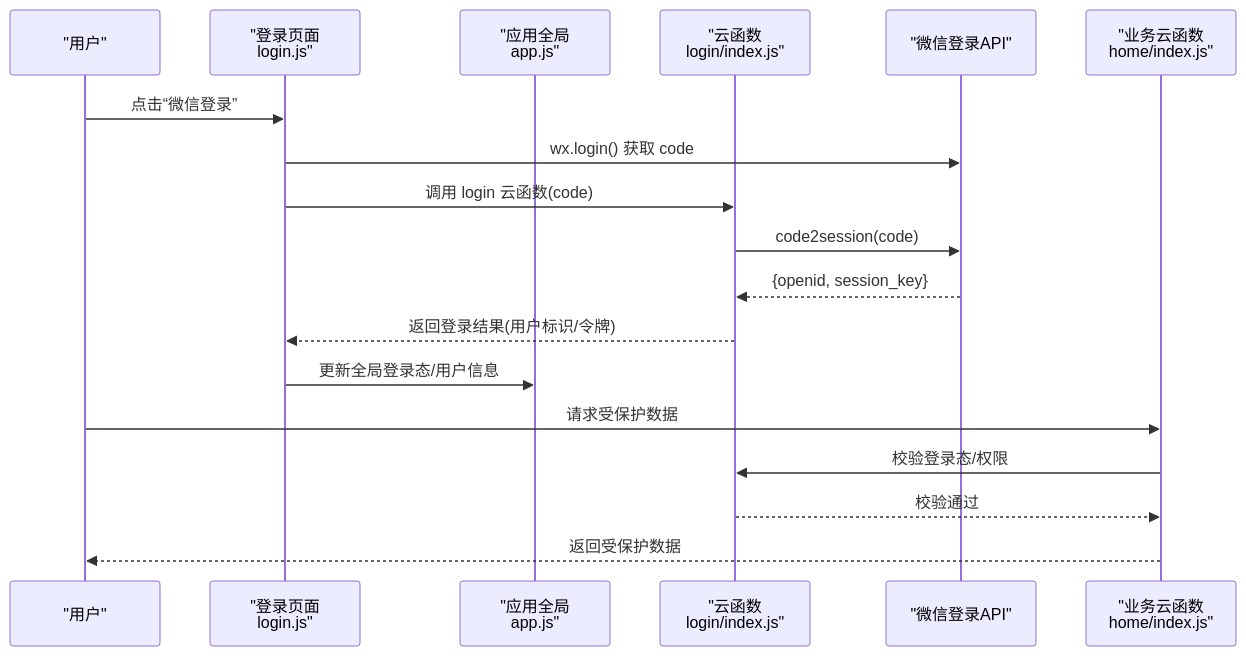
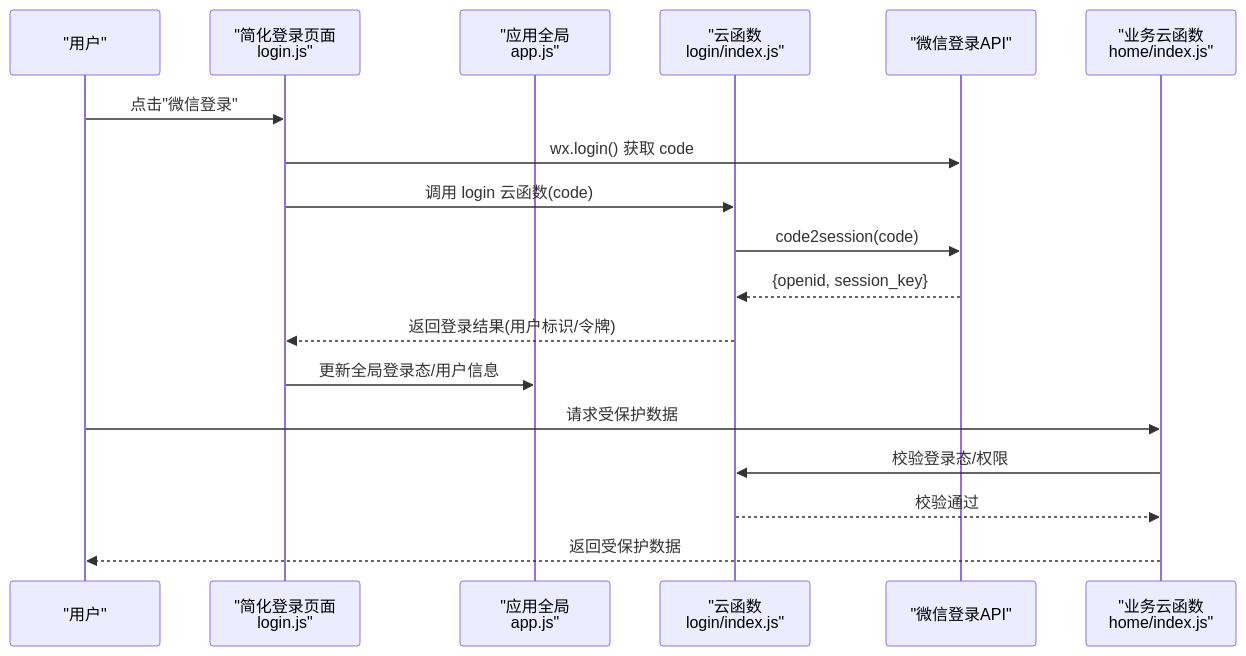
Before and after one commit to cwb7756/bio: the second of 4 diagrams in .qoder/repowiki/zh/content/核心功能模块/用户认证系统.md, drawn with Mermaid. The commit also changed other lines of this file and 46 other files, not shown here.

````diff
--- a/.qoder/repowiki/zh/content/核心功能模块/用户认证系统.md
+++ b/.qoder/repowiki/zh/content/核心功能模块/用户认证系统.md
@@ -96,20 +106,20 @@
 ```mermaid
 sequenceDiagram
 participant U as "用户"
-participant UI as "登录页面<br/>login.js"
+participant UI as "简化登录页面<br/>login.js"
 participant APP as "应用全局<br/>app.js"
 participant CF as "云函数<br/>login/index.js"
 participant WX as "微信登录API"
 participant HOME as "业务云函数<br/>home/index.js"
-U->>UI : 点击“微信登录”
+U->>UI : 点击"微信登录"
 UI->>WX : wx.login() 获取 code
 UI->>CF : 调用 login 云函数(code)
 CF->>WX : code2session(code)
 WX-->>CF : {openid, session_key}
 CF-->>UI : 返回登录结果(用户标识/令牌)
 UI->>APP : 更新全局登录态/用户信息
 U->>HOME : 请求受保护数据
 HOME->>CF : 校验登录态/权限
 CF-->>HOME : 校验通过
 HOME-->>U : 返回受保护数据
 ```
````
